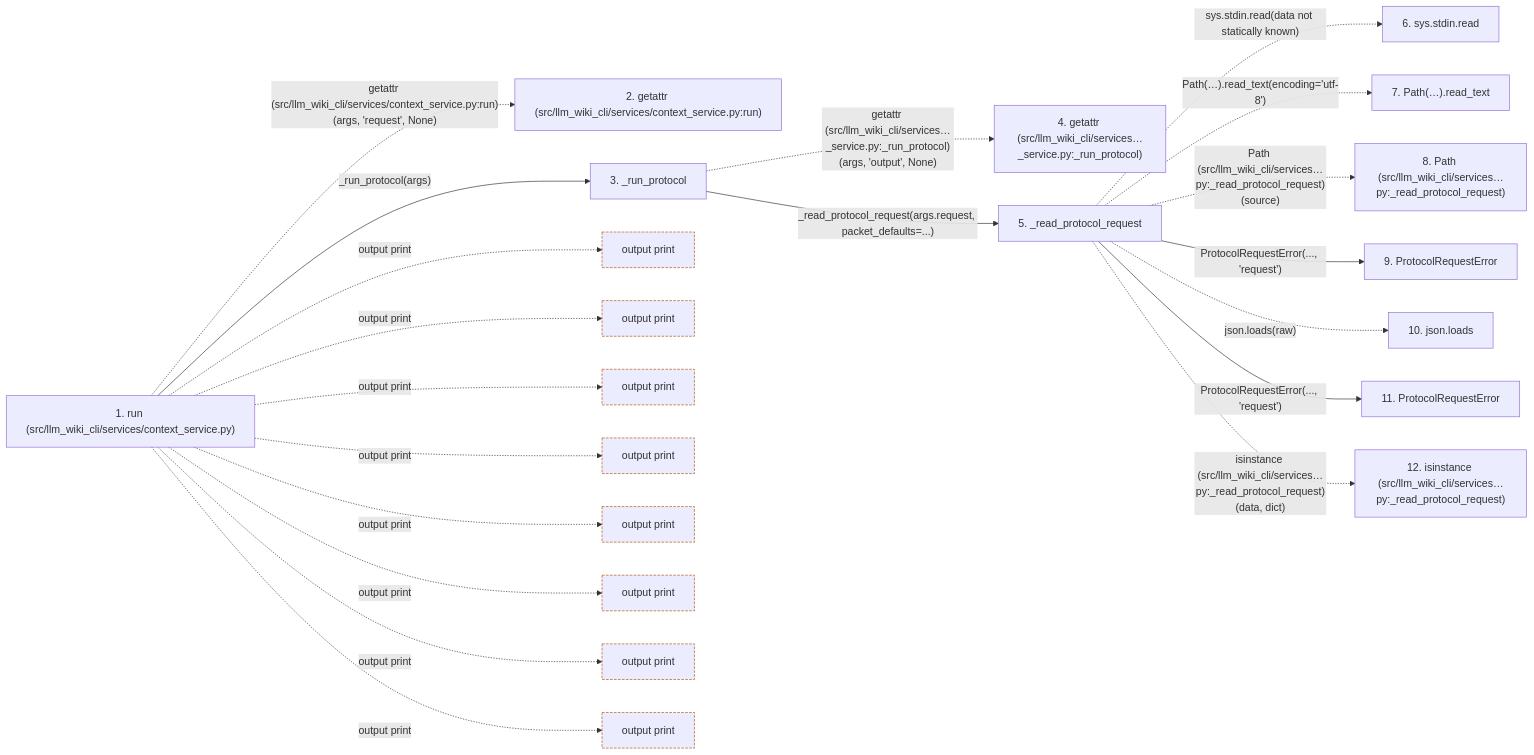
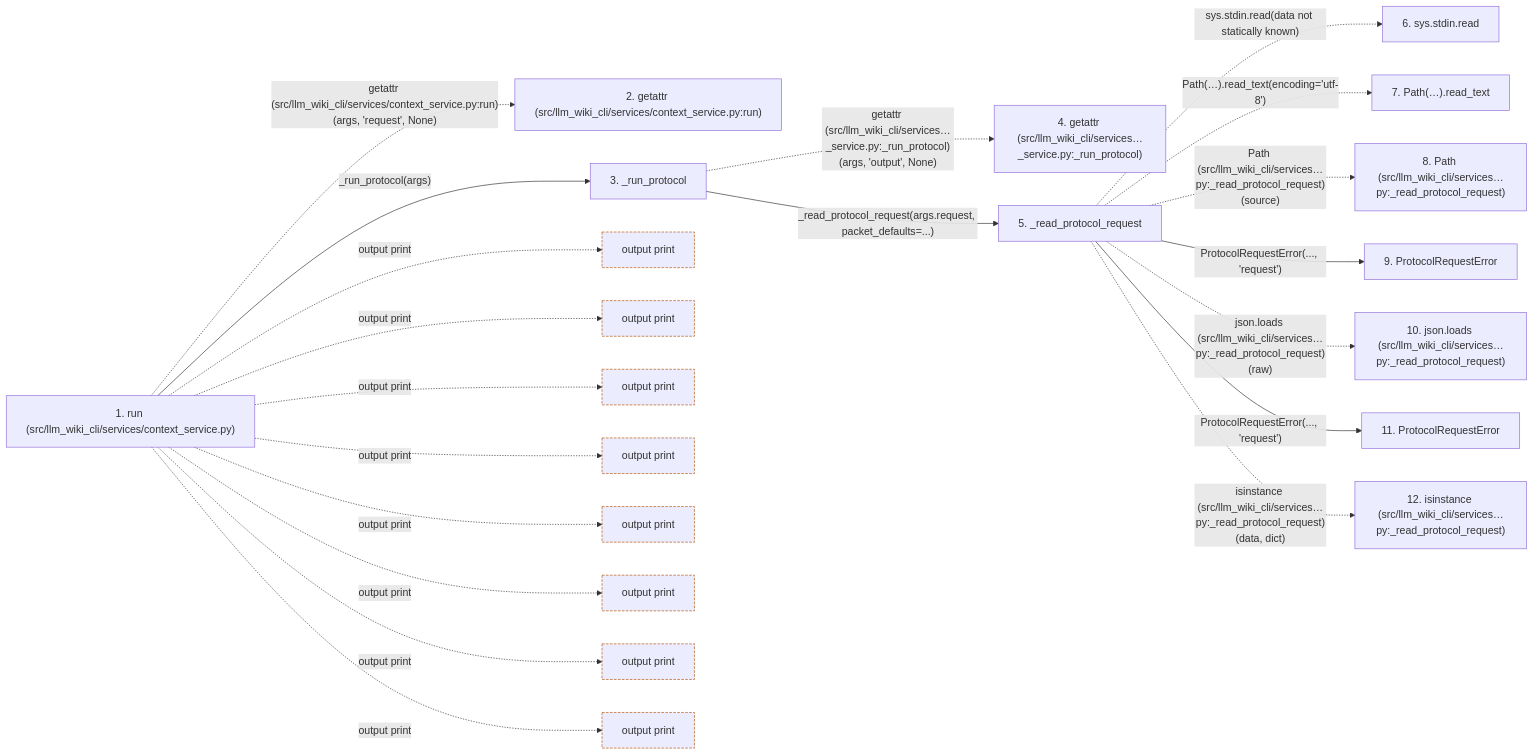
Before and after one commit to Denissvgn/python-wiki-llm: the second of 2 diagrams in docs/llm_wiki/flows/cli-context.md, drawn with Mermaid. The commit also changed other lines of this file and 336 other files, not shown here.

````diff
--- a/docs/llm_wiki/flows/cli-context.md
+++ b/docs/llm_wiki/flows/cli-context.md
@@ -141,56 +141,56 @@
 ```mermaid
 flowchart LR
     s1["1. run (src/llm_wiki_cli/services/context_service.py)"]
     s2["2. getattr (src/llm_wiki_cli/services/context_service.py:run)"]
     s3["3. _run_protocol"]
     s4["4. getattr (src/llm_wiki_cli/services…_service.py:_run_protocol)"]
     s5["5. _read_protocol_request"]
     s6["6. sys.stdin.read"]
     s7["7. Path(…).read_text"]
     s8["8. Path (src/llm_wiki_cli/services…py:_read_protocol_request)"]
     s9["9. ProtocolRequestError"]
-    s10["10. json.loads"]
+    s10["10. json.loads (src/llm_wiki_cli/services…py:_read_protocol_request)"]
     s11["11. ProtocolRequestError"]
     s12["12. isinstance (src/llm_wiki_cli/services…py:_read_protocol_request)"]
     s1 -. "getattr (src/llm_wiki_cli/services/context_service.py:run)(args, 'request', None)" .-> s2
     s1 -->|"_run_protocol(args)"| s3
     s3 -. "getattr (src/llm_wiki_cli/services…_service.py:_run_protocol)(args, 'output', None)" .-> s4
     s3 -->|"_read_protocol_request(args.request, packet_defaults=...)"| s5
     s5 -. "sys.stdin.read(data not statically known)" .-> s6
     s5 -. "Path(…).read_text(encoding='utf-8')" .-> s7
     s5 -. "Path (src/llm_wiki_cli/services…py:_read_protocol_request)(source)" .-> s8
     s5 -->|"ProtocolRequestError(..., 'request')"| s9
-    s5 -. "json.loads(raw)" .-> s10
+    s5 -. "json.loads (src/llm_wiki_cli/services…py:_read_protocol_request)(raw)" .-> s10
     s5 -->|"ProtocolRequestError(..., 'request')"| s11
     s5 -. "isinstance (src/llm_wiki_cli/services…py:_read_protocol_request)(data, dict)" .-> s12
     b0["output print"]
     s1 -. "output print" .-> b0
     b1["output print"]
     s1 -. "output print" .-> b1
     b2["output print"]
     s1 -. "output print" .-> b2
     b3["output print"]
     s1 -. "output print" .-> b3
     b4["output print"]
     s1 -. "output print" .-> b4
     b5["output print"]
     s1 -. "output print" .-> b5
     b6["output print"]
     s1 -. "output print" .-> b6
     b7["output print"]
     s1 -. "output print" .-> b7
     click s1 "../modules/context_service.md"
     click s3 "../modules/context_service.md"
     click s5 "../modules/context_service.md"
     click s9 "../modules/context_service.md"
     click s11 "../modules/context_service.md"
     classDef boundary stroke:#b45309,stroke-dasharray: 4 2
     class b0 boundary
     class b1 boundary
     class b2 boundary
     class b3 boundary
     class b4 boundary
     class b5 boundary
     class b6 boundary
     class b7 boundary
 ```
````
